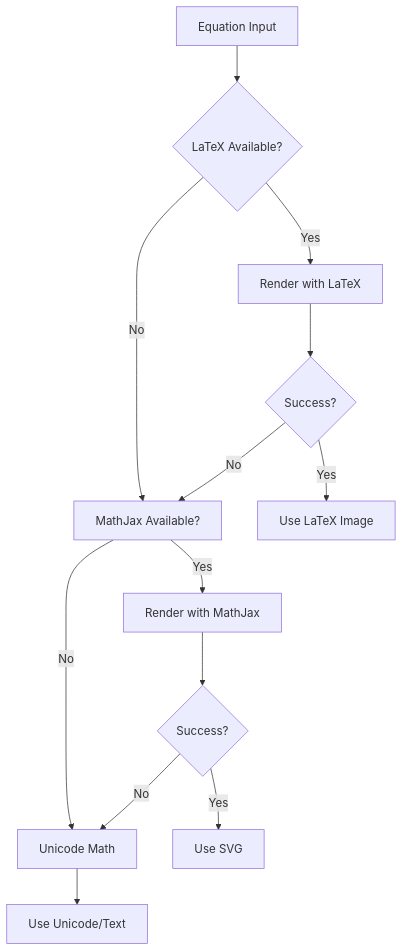
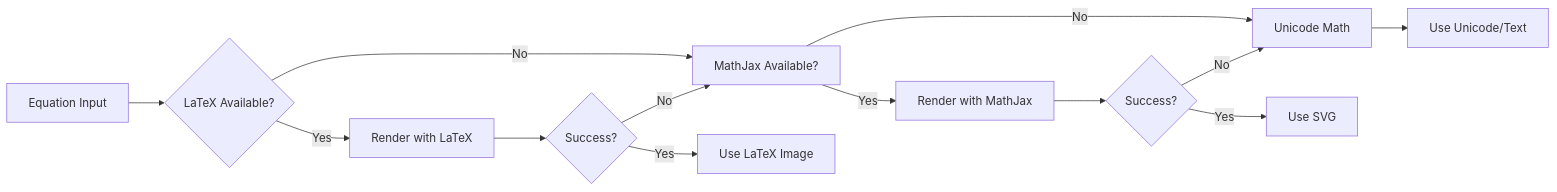
Before and after one commit to marvins/slide-forge: the sixth of 6 diagrams in docs/book/design/equation-rendering.md, drawn with Mermaid. The commit also changed other lines of this file, not shown here.

Commit message:
Adjusting diagrams

````diff
--- a/docs/book/design/equation-rendering.md
+++ b/docs/book/design/equation-rendering.md
@@ -234,19 +234,19 @@
 ```mermaid
-graph TD
+graph LR
     A[Equation Input] --> B{LaTeX Available?}
     B -->|Yes| C[Render with LaTeX]
     B -->|No| D[MathJax Available?]
-    
+
     C --> E{Success?}
     E -->|Yes| F[Use LaTeX Image]
     E -->|No| D
-    
+
     D -->|Yes| G[Render with MathJax]
     D -->|No| H[Unicode Math]
-    
+
     G --> I{Success?}
     I -->|Yes| J[Use SVG]
     I -->|No| H
-    
+
     H --> K[Use Unicode/Text]
 ```
````
